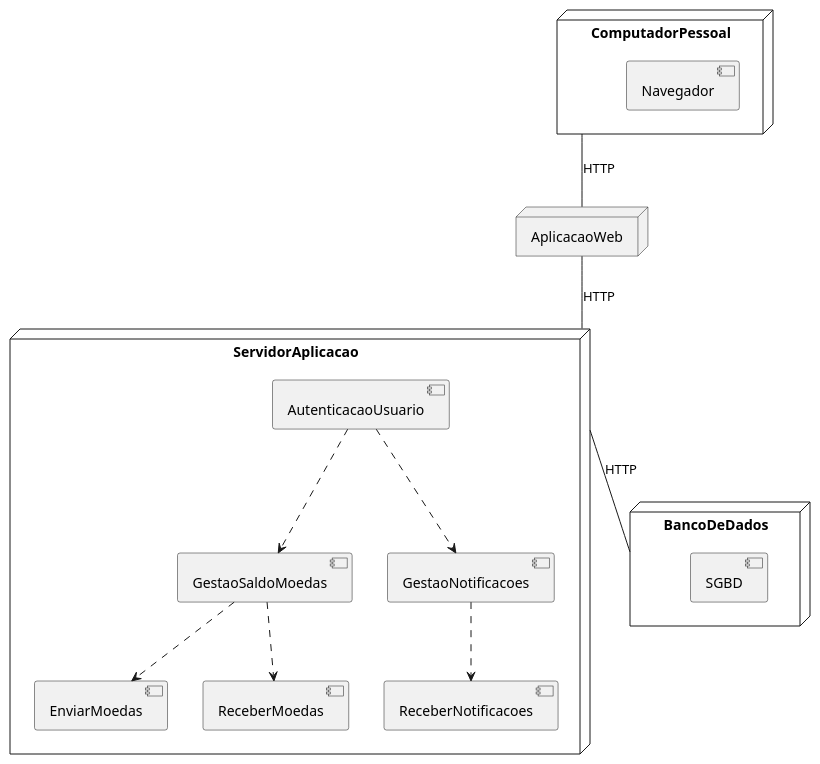
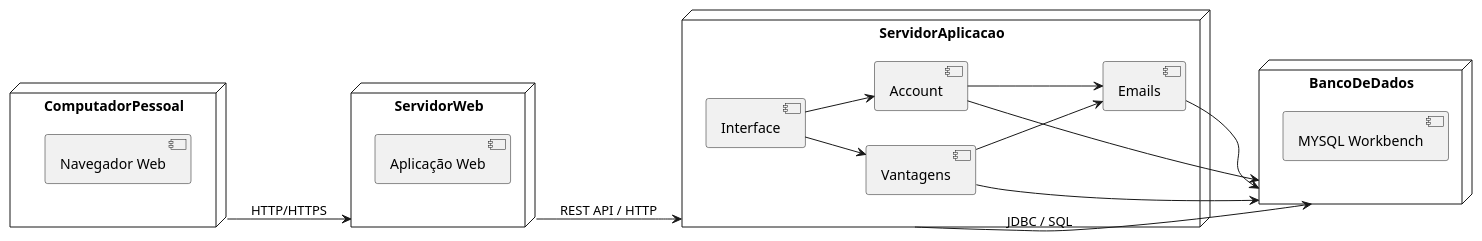
One commit to pedrolucas444/LabDeSofware3 changed the diagram in projeto/implantation-Diagram.wsd. Above: the diagram before and after it, drawn with PlantUML. The commit also changed 1 other file, not shown here.

Commit message:
novo diagrama de implantacao

```diff
--- a/projeto/implantation-Diagram.wsd
+++ b/projeto/implantation-Diagram.wsd
@@ -1,31 +1,37 @@
 @startuml
-node ComputadorPessoal { 
-[Navegador]
+left to right direction
+
+node ComputadorPessoal {
+    [Navegador Web]
 }
 
-node AplicacaoWeb {
+node ServidorWeb {
+    [Aplicação Web]
 }
 
-ComputadorPessoal  -- AplicacaoWeb : HTTP
-AplicacaoWeb -- ServidorAplicacao : HTTP
-
 node ServidorAplicacao {
-[AutenticacaoUsuario]
-[GestaoSaldoMoedas]
-[GestaoNotificacoes]
-[EnviarMoedas]
-[ReceberMoedas]
-[ReceberNotificacoes]
+    [Interface]
+    [Account]
+    [Vantagens]
+    [Emails]
 }
 
-[AutenticacaoUsuario] ..> [GestaoSaldoMoedas]
-[AutenticacaoUsuario] ..> [GestaoNotificacoes]
-[GestaoSaldoMoedas] ..> [EnviarMoedas]
-[GestaoSaldoMoedas] ..> [ReceberMoedas]
-[GestaoNotificacoes] ..> [ReceberNotificacoes]
 node BancoDeDados {
-[SGBD]
+    [MYSQL Workbench]
 }
 
-ServidorAplicacao -- BancoDeDados : HTTP
+' Conexões
+ComputadorPessoal --> ServidorWeb : HTTP/HTTPS
+ServidorWeb --> ServidorAplicacao : REST API / HTTP
+ServidorAplicacao --> BancoDeDados : JDBC / SQL
+
+' Relações internas
+[Interface] --> [Account]
+[Interface] --> [Vantagens]
+[Account] --> [Emails]
+[Account] --> [BancoDeDados]
+[Vantagens] --> [Emails]
+[Vantagens] --> [BancoDeDados]
+[Emails] --> [BancoDeDados]
+
 @enduml
```
